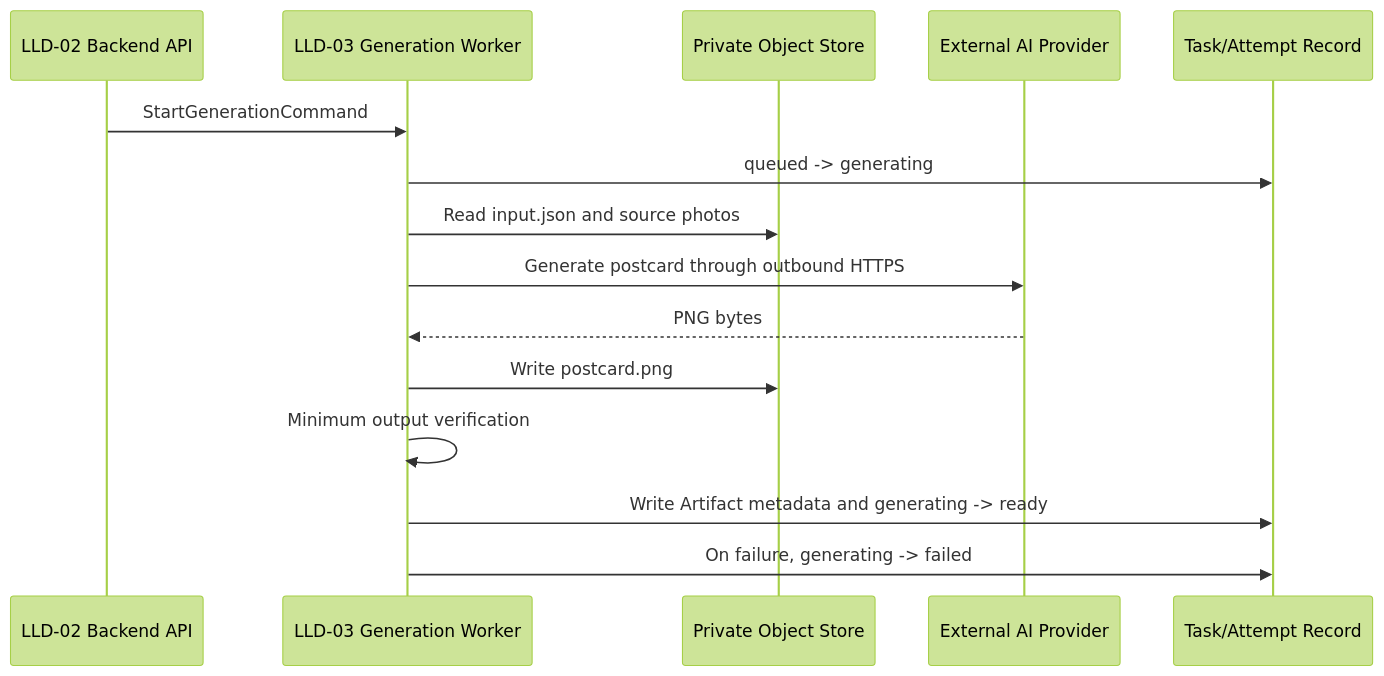
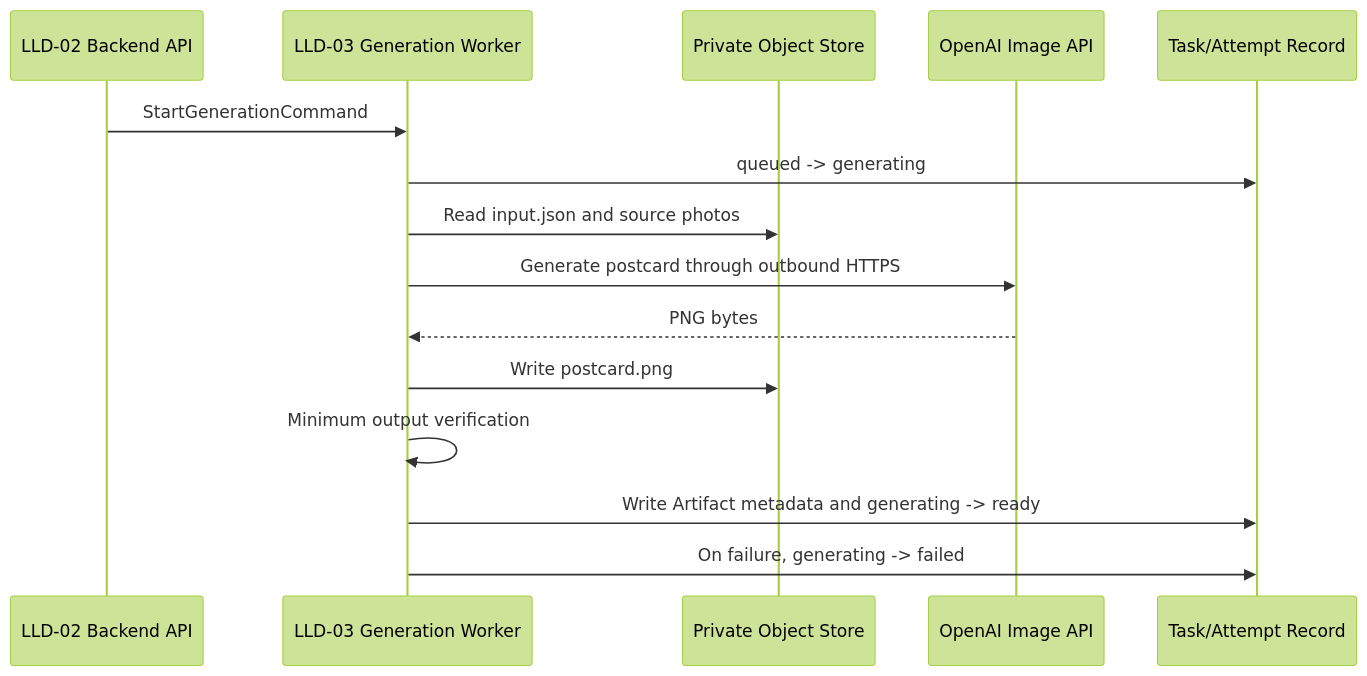
One commit to tongking6/ai-artist changed the diagram in docs/ai-artist/lld/milestone-1-lld-03-generation-worker.md. Above: the diagram before and after it, drawn with Mermaid (forest theme). The commit also changed other lines of this file and 9 other files, not shown here.

````diff
--- a/docs/ai-artist/lld/milestone-1-lld-03-generation-worker.md
+++ b/docs/ai-artist/lld/milestone-1-lld-03-generation-worker.md
@@ -95,18 +97,18 @@
 ```mermaid
 sequenceDiagram
   participant API as LLD-02 Backend API
   participant W as LLD-03 Generation Worker
   participant OS as Private Object Store
-  participant P as External AI Provider
+  participant P as OpenAI Image API
   participant DB as Task/Attempt Record
 
   API->>W: StartGenerationCommand
   W->>DB: queued -> generating
   W->>OS: Read input.json and source photos
   W->>P: Generate postcard through outbound HTTPS
   P-->>W: PNG bytes
   W->>OS: Write postcard.png
   W->>W: Minimum output verification
   W->>DB: Write Artifact metadata and generating -> ready
   W->>DB: On failure, generating -> failed
 ```
````
